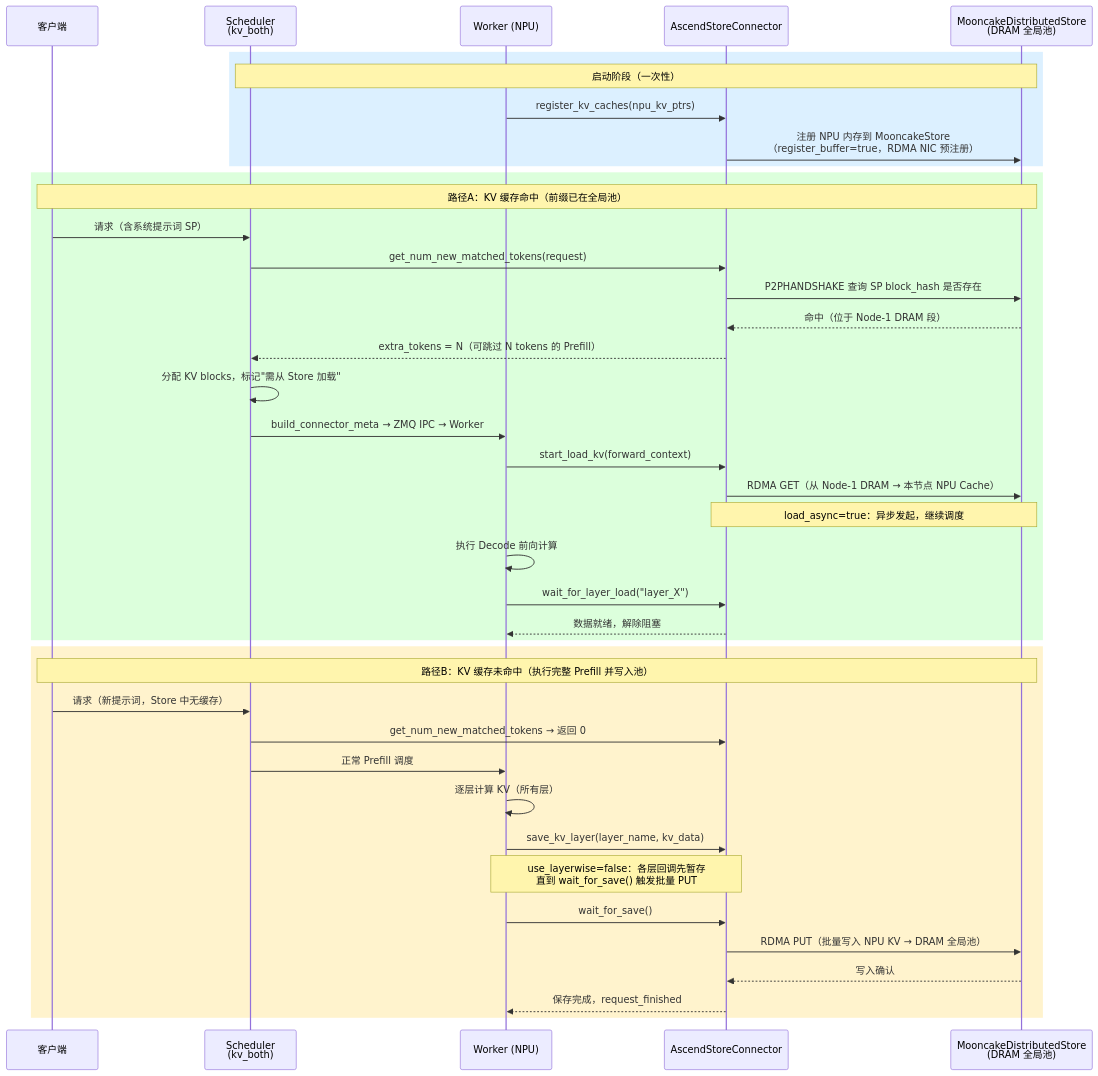
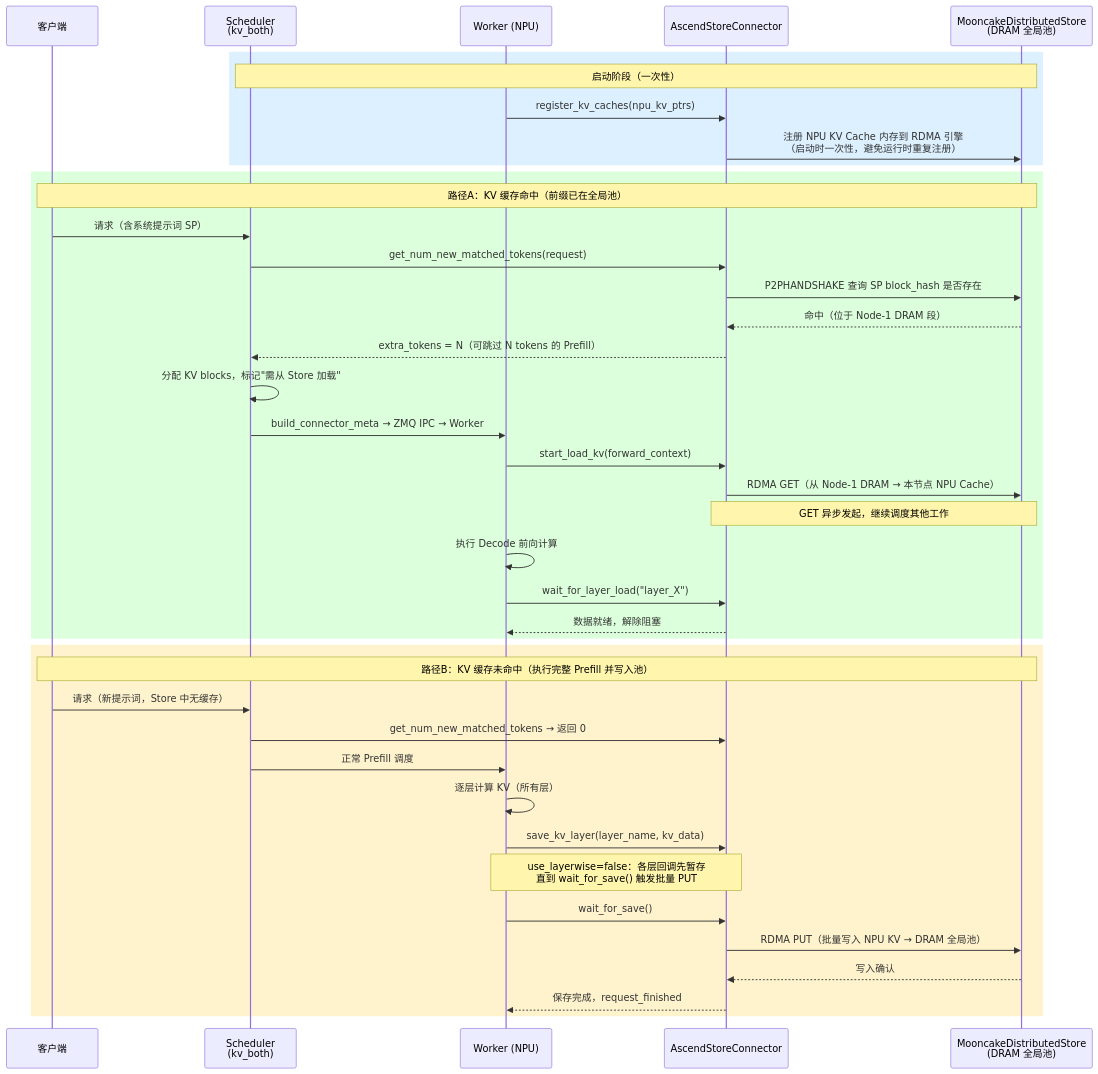
One commit to HeduAiDev/vllm-from-scratch changed the fifth of 10 diagrams in BLOG_PART2B_V2.md. Above: the diagram before and after it, drawn with Mermaid. The commit also changed other lines of this file, not shown here.

````diff
--- a/BLOG_PART2B_V2.md
+++ b/BLOG_PART2B_V2.md
@@ -2292,45 +2377,45 @@
 ```mermaid
 sequenceDiagram
     participant CL as 客户端
     participant SH as Scheduler<br/>(kv_both)
     participant WK as Worker (NPU)
     participant CV as AscendStoreConnector
     participant ST as MooncakeDistributedStore<br/>(DRAM 全局池)
 
     rect rgb(220, 240, 255)
         Note over SH,ST: 启动阶段（一次性）
         WK->>CV: register_kv_caches(npu_kv_ptrs)
-        CV->>ST: 注册 NPU 内存到 MooncakeStore<br/>（register_buffer=true，RDMA NIC 预注册）
+        CV->>ST: 注册 NPU KV Cache 内存到 RDMA 引擎<br/>（启动时一次性，避免运行时重复注册）
     end
 
     rect rgb(220, 255, 220)
         Note over CL,ST: 路径A：KV 缓存命中（前缀已在全局池）
         CL->>SH: 请求（含系统提示词 SP）
         SH->>CV: get_num_new_matched_tokens(request)
         CV->>ST: P2PHANDSHAKE 查询 SP block_hash 是否存在
         ST-->>CV: 命中（位于 Node-1 DRAM 段）
         CV-->>SH: extra_tokens = N（可跳过 N tokens 的 Prefill）
         SH->>SH: 分配 KV blocks，标记"需从 Store 加载"
         SH->>WK: build_connector_meta → ZMQ IPC → Worker
         WK->>CV: start_load_kv(forward_context)
         CV->>ST: RDMA GET（从 Node-1 DRAM → 本节点 NPU Cache）
-        Note over CV,ST: load_async=true：异步发起，继续调度
+        Note over CV,ST: GET 异步发起，继续调度其他工作
         WK->>WK: 执行 Decode 前向计算
         WK->>CV: wait_for_layer_load("layer_X")
         CV-->>WK: 数据就绪，解除阻塞
     end
 
     rect rgb(255, 243, 205)
         Note over CL,ST: 路径B：KV 缓存未命中（执行完整 Prefill 并写入池）
         CL->>SH: 请求（新提示词，Store 中无缓存）
         SH->>CV: get_num_new_matched_tokens → 返回 0
         SH->>WK: 正常 Prefill 调度
         WK->>WK: 逐层计算 KV（所有层）
         WK->>CV: save_kv_layer(layer_name, kv_data)
         Note over WK,CV: use_layerwise=false：各层回调先暂存<br/>直到 wait_for_save() 触发批量 PUT
         WK->>CV: wait_for_save()
         CV->>ST: RDMA PUT（批量写入 NPU KV → DRAM 全局池）
         ST-->>CV: 写入确认
         CV-->>WK: 保存完成，request_finished
     end
 ```
````
